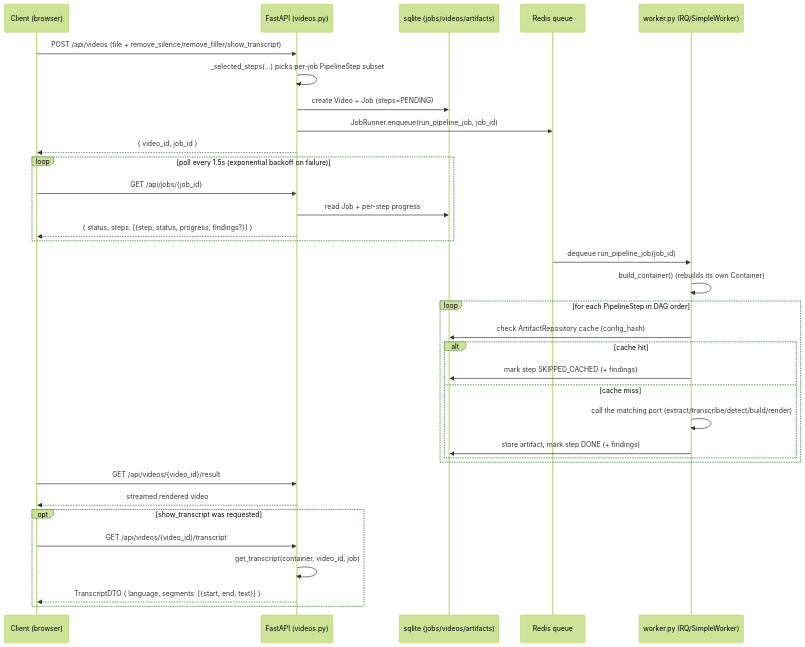
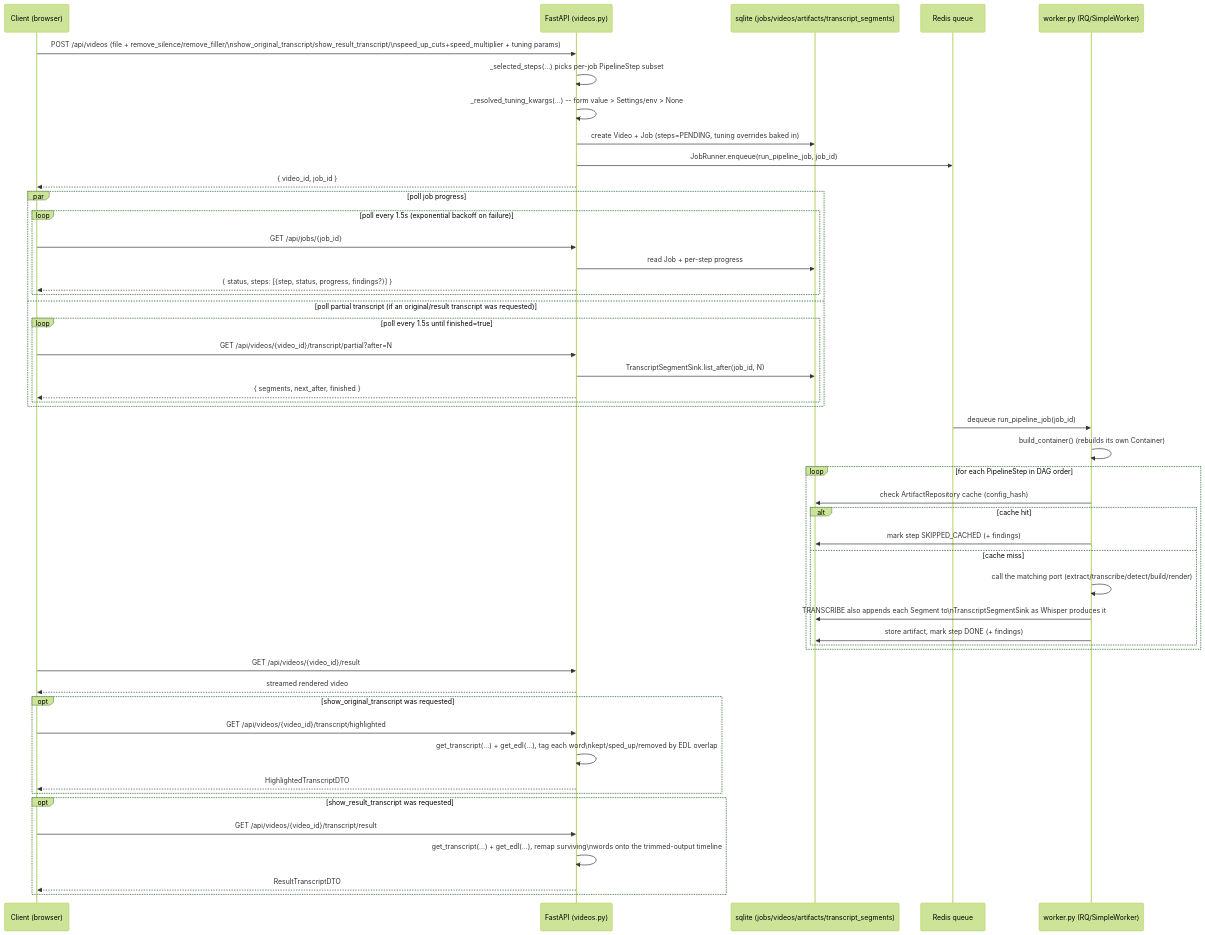
One commit to ather-techie/deadair changed the second of 3 diagrams in ARCHITECTURE.md. Above: the diagram before and after it, drawn with Mermaid (forest theme). The commit also changed other lines of this file and 23 other files, not shown here.

First line of the commit message:
Add configurable pipeline tuning params and highlighted transcript view

````diff
--- a/ARCHITECTURE.md
+++ b/ARCHITECTURE.md
@@ -76,41 +77,56 @@
 ```mermaid
 sequenceDiagram
     participant C as Client (browser)
     participant API as FastAPI (videos.py)
-    participant DB as sqlite (jobs/videos/artifacts)
+    participant DB as sqlite (jobs/videos/artifacts/transcript_segments)
     participant Q as Redis queue
     participant W as worker.py (RQ/SimpleWorker)
 
-    C->>API: POST /api/videos (file + remove_silence/remove_filler/show_transcript)
+    C->>API: POST /api/videos (file + remove_silence/remove_filler/\nshow_original_transcript/show_result_transcript/\nspeed_up_cuts+speed_multiplier + tuning params)
     API->>API: _selected_steps(...) picks per-job PipelineStep subset
-    API->>DB: create Video + Job (steps=PENDING)
+    API->>API: _resolved_tuning_kwargs(...) -- form value > Settings/env > None
+    API->>DB: create Video + Job (steps=PENDING, tuning overrides baked in)
     API->>Q: JobRunner.enqueue(run_pipeline_job, job_id)
     API-->>C: { video_id, job_id }
 
-    loop poll every 1.5s (exponential backoff on failure)
-        C->>API: GET /api/jobs/{job_id}
-        API->>DB: read Job + per-step progress
-        API-->>C: { status, steps: [{step, status, progress, findings?}] }
+    par poll job progress
+        loop poll every 1.5s (exponential backoff on failure)
+            C->>API: GET /api/jobs/{job_id}
+            API->>DB: read Job + per-step progress
+            API-->>C: { status, steps: [{step, status, progress, findings?}] }
+        end
+    and poll partial transcript (if an original/result transcript was requested)
+        loop poll every 1.5s until finished=true
+            C->>API: GET /api/videos/{video_id}/transcript/partial?after=N
+            API->>DB: TranscriptSegmentSink.list_after(job_id, N)
+            API-->>C: { segments, next_after, finished }
+        end
     end
 
     Q->>W: dequeue run_pipeline_job(job_id)
     W->>W: build_container() (rebuilds its own Container)
     loop for each PipelineStep in DAG order
         W->>DB: check ArtifactRepository cache (config_hash)
         alt cache hit
             W->>DB: mark step SKIPPED_CACHED (+ findings)
         else cache miss
             W->>W: call the matching port (extract/transcribe/detect/build/render)
+            W->>DB: TRANSCRIBE also appends each Segment to\nTranscriptSegmentSink as Whisper produces it
             W->>DB: store artifact, mark step DONE (+ findings)
         end
     end
 
     C->>API: GET /api/videos/{video_id}/result
     API-->>C: streamed rendered video
 
-    opt show_transcript was requested
-        C->>API: GET /api/videos/{video_id}/transcript
-        API->>API: get_transcript(container, video_id, job)
-        API-->>C: TranscriptDTO { language, segments: [{start, end, text}] }
+    opt show_original_transcript was requested
+        C->>API: GET /api/videos/{video_id}/transcript/highlighted
+        API->>API: get_transcript(...) + get_edl(...), tag each word\nkept/sped_up/removed by EDL overlap
+        API-->>C: HighlightedTranscriptDTO
+    end
+    opt show_result_transcript was requested
+        C->>API: GET /api/videos/{video_id}/transcript/result
+        API->>API: get_transcript(...) + get_edl(...), remap surviving\nwords onto the trimmed-output timeline
+        API-->>C: ResultTranscriptDTO
     end
 ```
````
